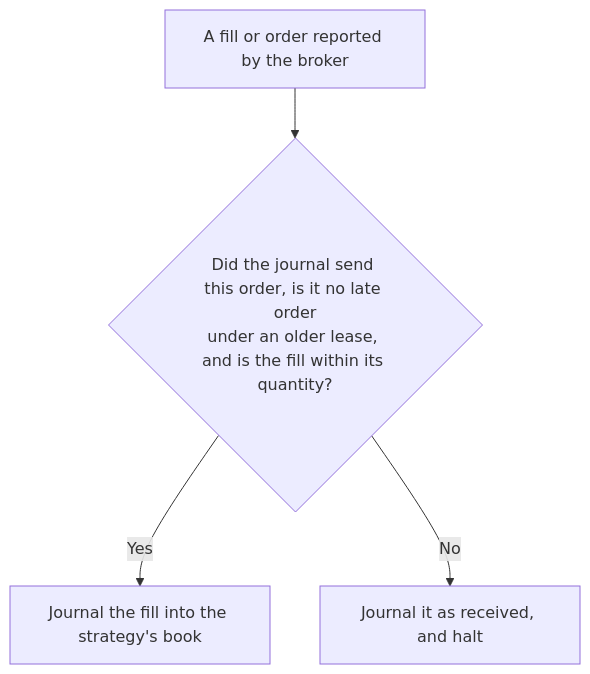
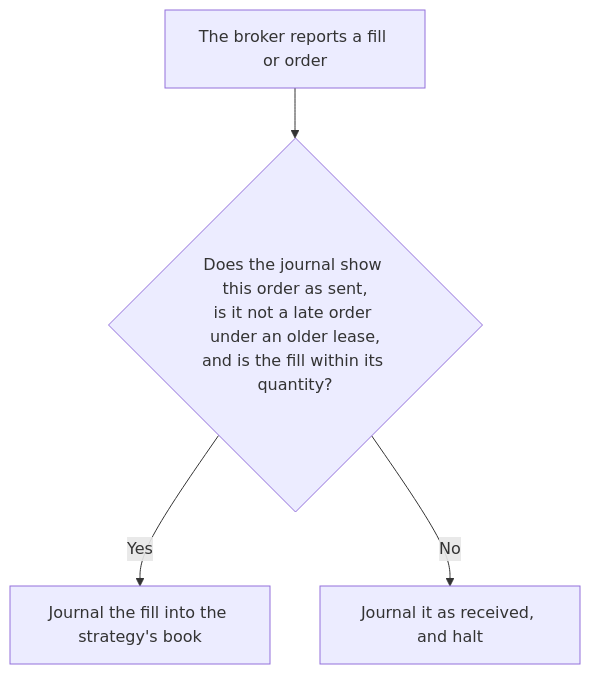
Before and after one commit to l3a0/ithildin-runtime: diagram 13 of 35 in docs/architecture.md, drawn with Mermaid. The commit also changed other lines of this file and 2 other files, not shown here.

First line of the commit message:
docs: restyle the words in the Mermaid diagrams

````diff
--- a/docs/architecture.md
+++ b/docs/architecture.md
@@ -793,6 +793,6 @@
 ```mermaid
 flowchart TD
-    fill["A fill or order reported by the broker"] --> sent{"Did the journal send this order, is it no late order<br/>under an older lease, and is the fill within its quantity?"}
+    fill["The broker reports a fill or order"] --> sent{"Does the journal show this order as sent,<br/>is it not a late order under an older lease,<br/>and is the fill within its quantity?"}
     sent -- "Yes" --> book["Journal the fill into the strategy's book"]
     sent -- "No" --> halt["Journal it as received, and halt"]
 ```
````
